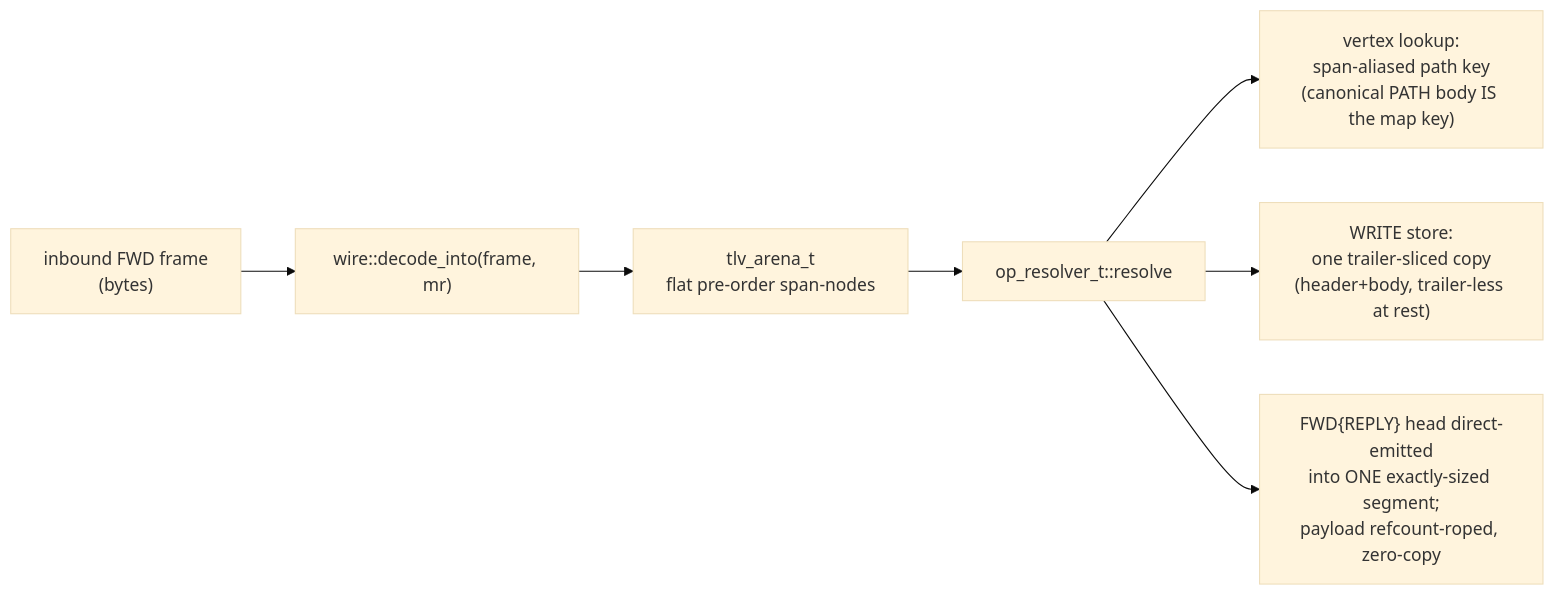
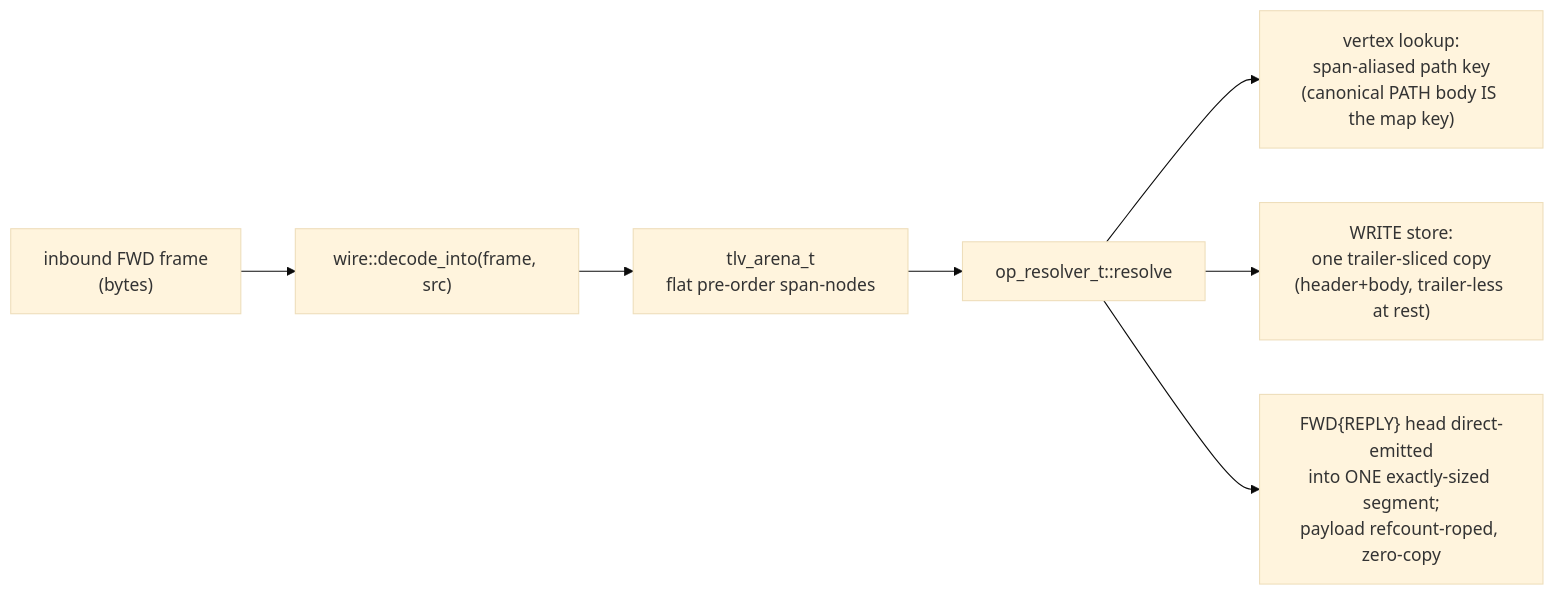
One commit to avatarsd-llc/libtracer changed the sixth of 7 diagrams in docs/reference/05-protocol-tlvs.md. Above: the diagram before and after it, drawn with Mermaid (base theme). The commit also changed other lines of this file and 25 other files, not shown here.

````diff
--- a/docs/reference/05-protocol-tlvs.md
+++ b/docs/reference/05-protocol-tlvs.md
@@ -816,9 +816,9 @@
 ```{mermaid}
 flowchart LR
-    F["inbound FWD frame<br/>(bytes)"] --> D["wire::decode_into(frame, mr)"]
+    F["inbound FWD frame<br/>(bytes)"] --> D["wire::decode_into(frame, src)"]
     D --> A["tlv_arena_t<br/>flat pre-order span-nodes"]
     A --> R["op_resolver_t::resolve"]
     R --> K["vertex lookup:<br/>span-aliased path key<br/>(canonical PATH body IS the map key)"]
     R --> S["WRITE store:<br/>one trailer-sliced copy<br/>(header+body, trailer-less at rest)"]
     R --> E["FWD{REPLY} head direct-emitted<br/>into ONE exactly-sized segment;<br/>payload refcount-roped, zero-copy"]
 ```
````
